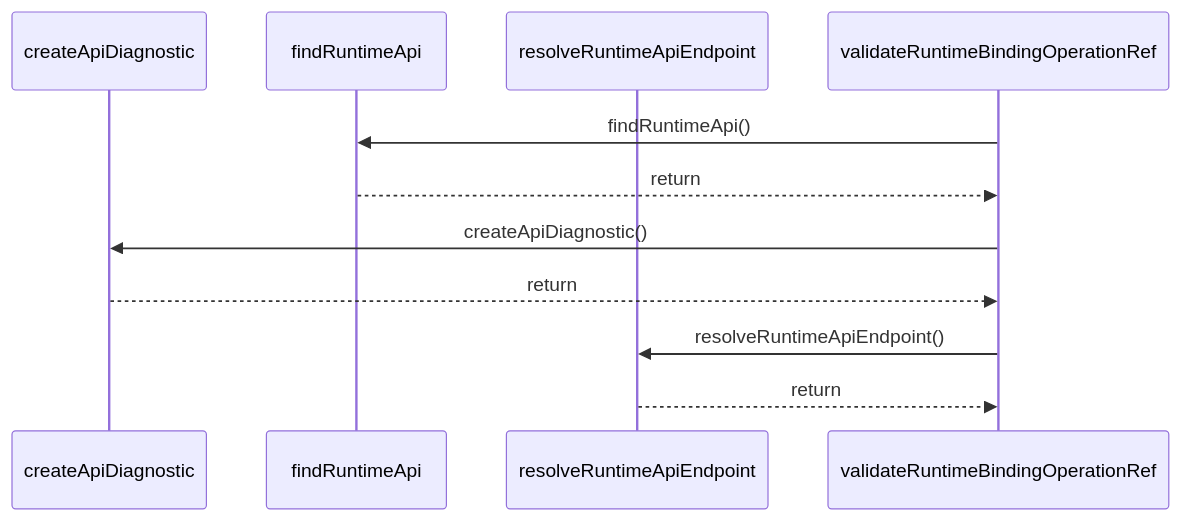
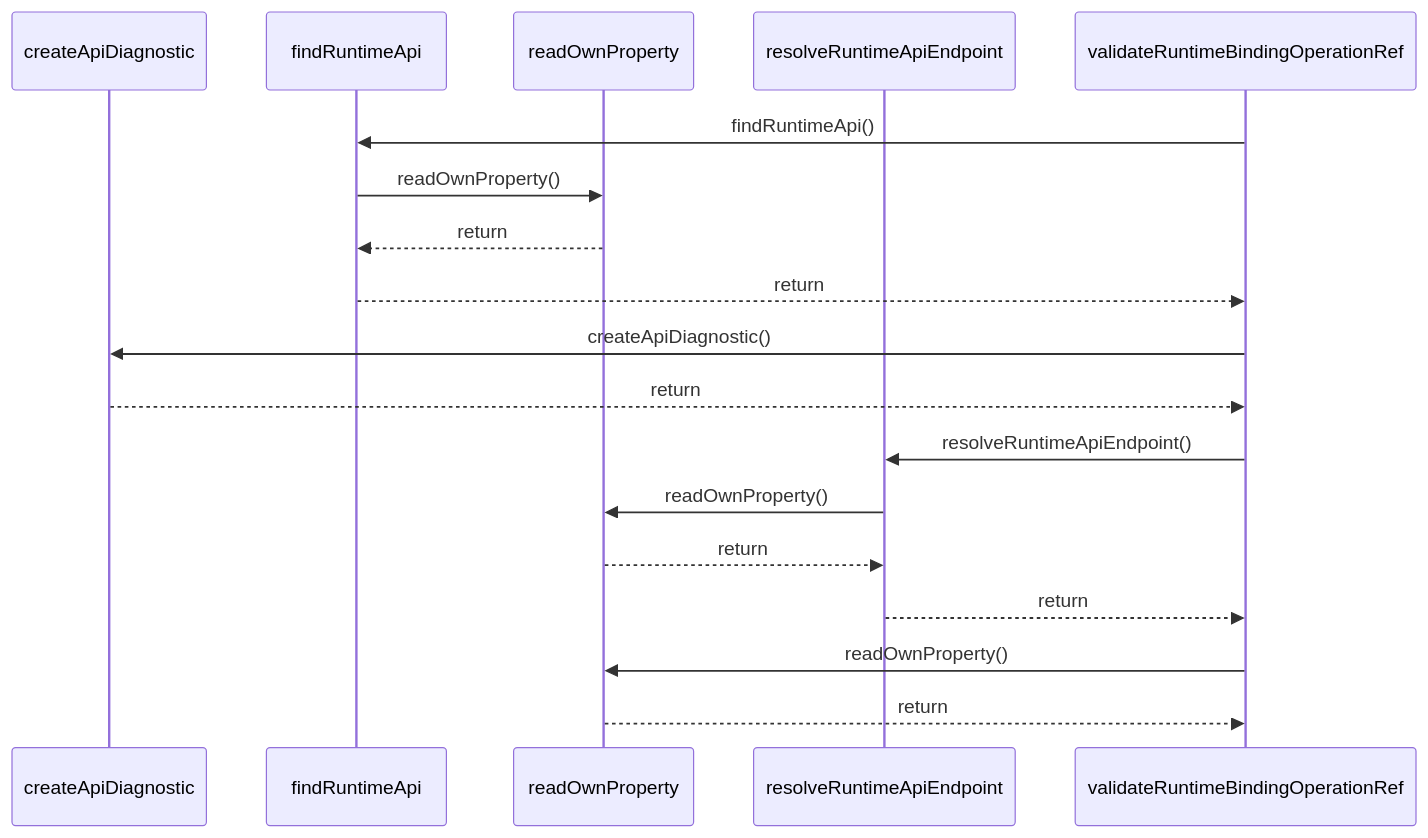
The diagram in paradox/diagrams/sequences/validate-runtime-binding-operation-ref.mmd (ankhorage/runtime), drawn with Mermaid before and after one commit. The commit also changed 24 other files, not shown here.

First line of the commit message:
refactor!: migrate runtime to canonical API registries

```diff
--- a/paradox/diagrams/sequences/validate-runtime-binding-operation-ref.mmd
+++ b/paradox/diagrams/sequences/validate-runtime-binding-operation-ref.mmd
@@ -1,11 +1,18 @@
 sequenceDiagram
   participant participant_createApiDiagnostic as createApiDiagnostic
   participant participant_findRuntimeApi as findRuntimeApi
+  participant participant_readOwnProperty as readOwnProperty
   participant participant_resolveRuntimeApiEndpoint as resolveRuntimeApiEndpoint
   participant participant_validateRuntimeBindingOperationRef as validateRuntimeBindingOperationRef
   participant_validateRuntimeBindingOperationRef->>participant_findRuntimeApi: findRuntimeApi()
+  participant_findRuntimeApi->>participant_readOwnProperty: readOwnProperty()
+  participant_readOwnProperty-->>participant_findRuntimeApi: return
   participant_findRuntimeApi-->>participant_validateRuntimeBindingOperationRef: return
   participant_validateRuntimeBindingOperationRef->>participant_createApiDiagnostic: createApiDiagnostic()
   participant_createApiDiagnostic-->>participant_validateRuntimeBindingOperationRef: return
   participant_validateRuntimeBindingOperationRef->>participant_resolveRuntimeApiEndpoint: resolveRuntimeApiEndpoint()
+  participant_resolveRuntimeApiEndpoint->>participant_readOwnProperty: readOwnProperty()
+  participant_readOwnProperty-->>participant_resolveRuntimeApiEndpoint: return
   participant_resolveRuntimeApiEndpoint-->>participant_validateRuntimeBindingOperationRef: return
+  participant_validateRuntimeBindingOperationRef->>participant_readOwnProperty: readOwnProperty()
+  participant_readOwnProperty-->>participant_validateRuntimeBindingOperationRef: return
```
